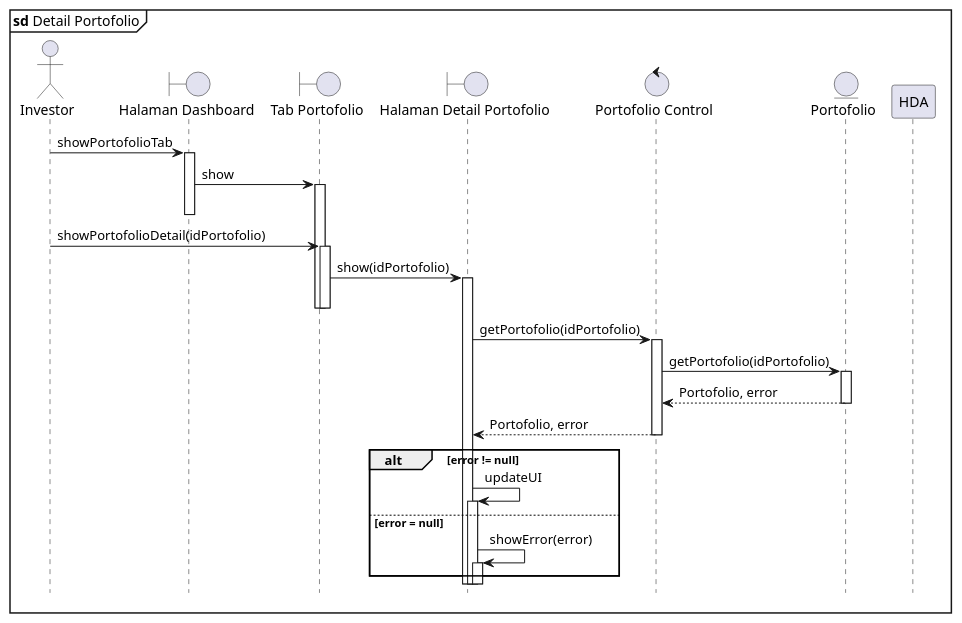
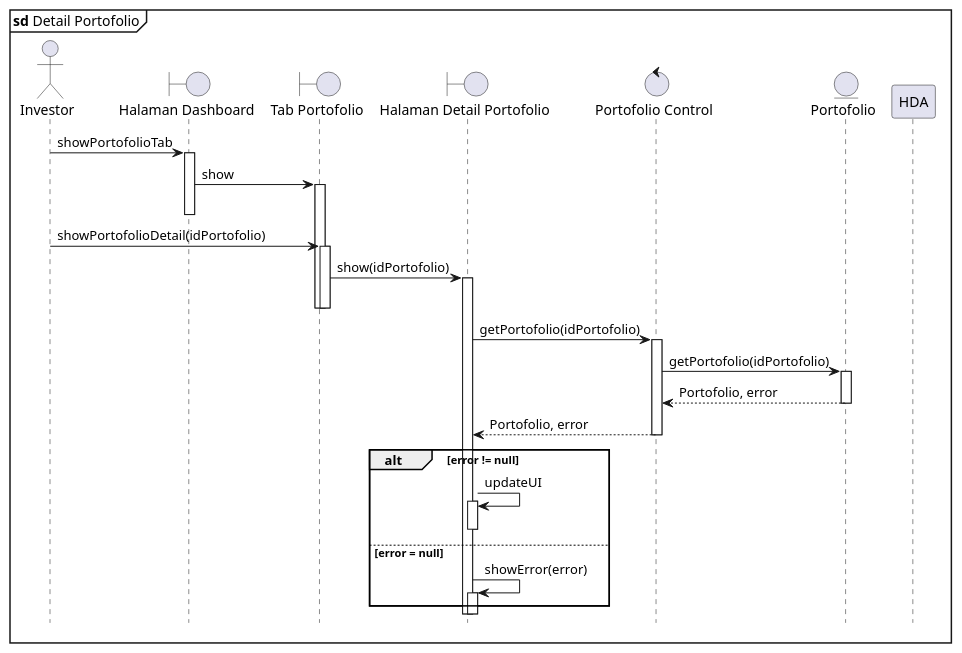
The diagram in sequence/detail-portofolio.puml (clarestarahma/manajemen-investasi), drawn with PlantUML before and after one commit.

Commit message:
detail portofolio ada typo

```diff
--- a/sequence/detail-portofolio.puml
+++ b/sequence/detail-portofolio.puml
@@ -1,43 +1,43 @@
 @startuml Sequence
 
 hide footbox
 autoactivate on
 
 mainframe **sd** Detail Portofolio
 
 actor Investor as I
 boundary "Halaman Dashboard" as HD
 boundary "Tab Portofolio" as TP
 boundary "Halaman Detail Portofolio" as HDP
 control "Portofolio Control" as PC
 entity "Portofolio" as P
 
 I -> HD : showPortofolioTab
 
 HD -> TP : show
 
 deactivate HD
 
 I -> TP : showPortofolioDetail(idPortofolio)
 TP -> HDP : show(idPortofolio)
 
 deactivate TP
 deactivate TP
 
 HDP -> PC : getPortofolio(idPortofolio) 
 
 PC -> P : getPortofolio(idPortofolio)
 
 P --> PC : Portofolio, error
 
 PC --> HDP : Portofolio, error
 
 alt error != null
   HDP -> HDP : updateUI
-  deactivate HDA
+  deactivate HDP
 else error = null
   HDP -> HDP : showError(error)
   deactivate HDA
 end
 
 @enduml
```
